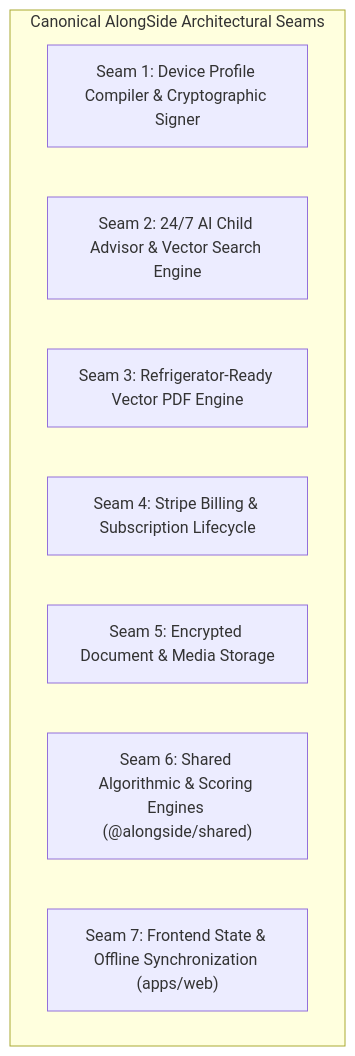
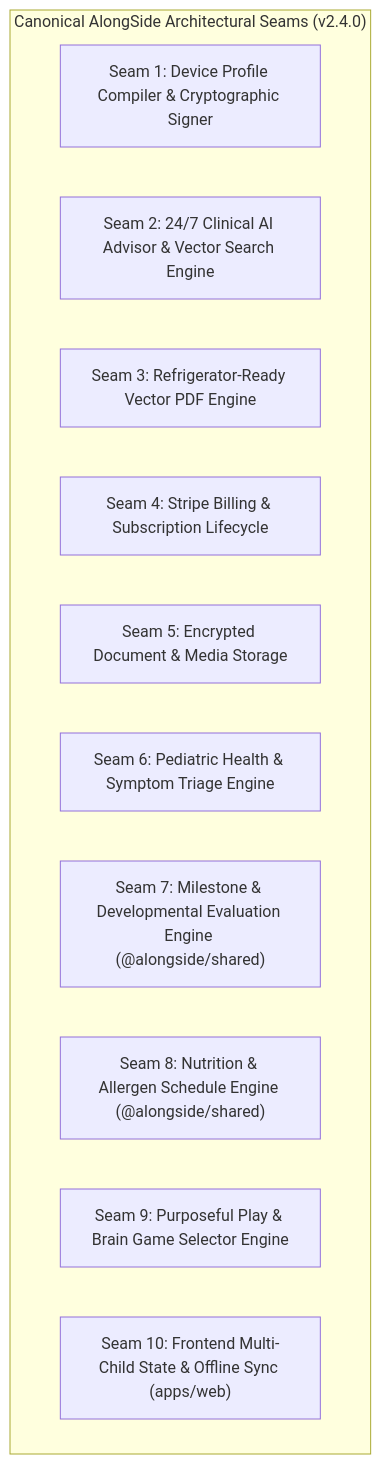
The first of 2 diagrams in docs/codebase-design.md (Souheil007/AlongSide), drawn with Mermaid before and after one commit. The commit also changed other lines of this file and 14 other files, not shown here.

````diff
--- a/docs/codebase-design.md
+++ b/docs/codebase-design.md
@@ -212,12 +213,15 @@
 ```mermaid
 graph TD
-    subgraph MonorepoSeams ["Canonical AlongSide Architectural Seams"]
+    subgraph MonorepoSeams ["Canonical AlongSide Architectural Seams (v2.4.0)"]
         Seam1["Seam 1: Device Profile Compiler & Cryptographic Signer"]
-        Seam2["Seam 2: 24/7 AI Child Advisor & Vector Search Engine"]
+        Seam2["Seam 2: 24/7 Clinical AI Advisor & Vector Search Engine"]
         Seam3["Seam 3: Refrigerator-Ready Vector PDF Engine"]
         Seam4["Seam 4: Stripe Billing & Subscription Lifecycle"]
         Seam5["Seam 5: Encrypted Document & Media Storage"]
-        Seam6["Seam 6: Shared Algorithmic & Scoring Engines (@alongside/shared)"]
-        Seam7["Seam 7: Frontend State & Offline Synchronization (apps/web)"]
+        Seam6["Seam 6: Pediatric Health & Symptom Triage Engine"]
+        Seam7["Seam 7: Milestone & Developmental Evaluation Engine (@alongside/shared)"]
+        Seam8["Seam 8: Nutrition & Allergen Schedule Engine (@alongside/shared)"]
+        Seam9["Seam 9: Purposeful Play & Brain Game Selector Engine"]
+        Seam10["Seam 10: Frontend Multi-Child State & Offline Sync (apps/web)"]
     end
 ```
````
